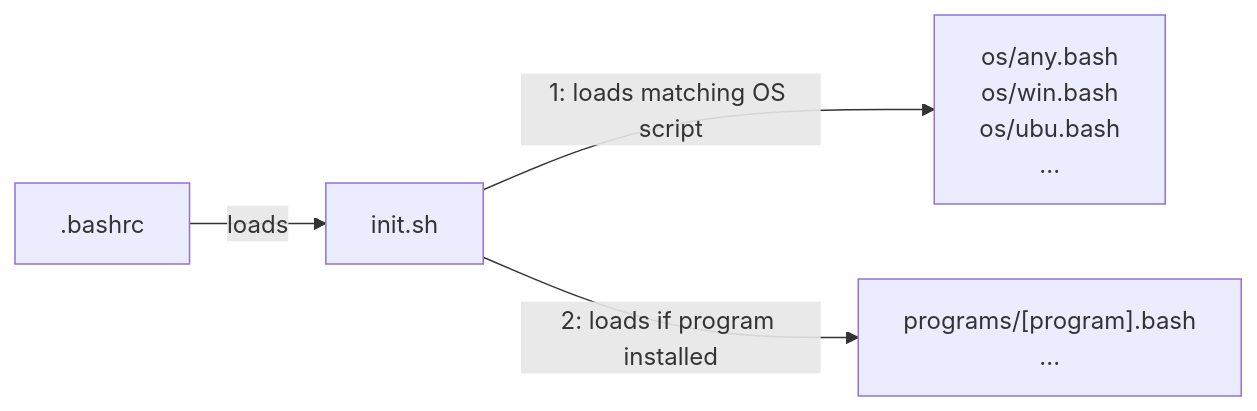
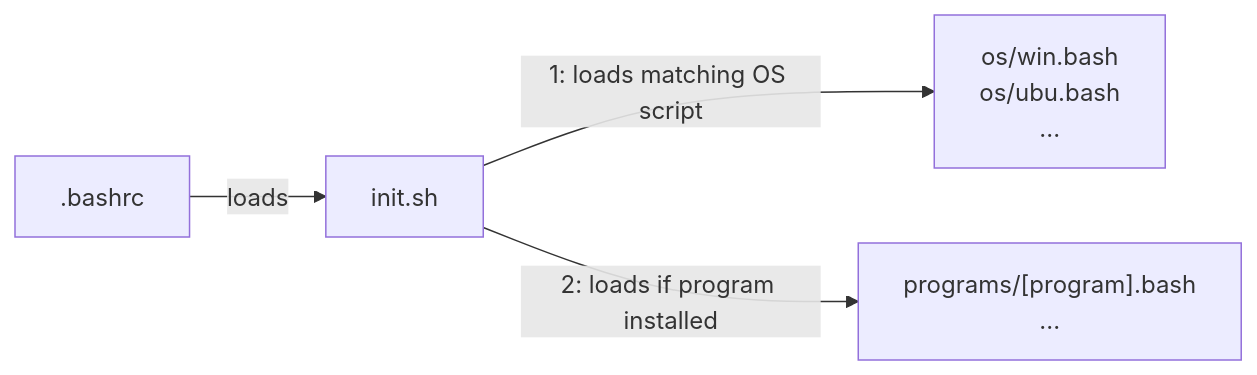
The first of 2 diagrams in README.md (alanlivio/cli-helpers), drawn with Mermaid before and after one commit. The commit also changed other lines of this file and 5 other files, not shown here.

````diff
--- a/README.md
+++ b/README.md
@@ -7,21 +7,20 @@
 ```mermaid
 flowchart LR
     bashrc[".bashrc"]
     %% ps-init["init.ps1"]
     sh-init["init.sh"]
     program-dependent["
         programs/[program].bash
         ...
     "]
     OS-dependent["
-        os/any.bash
         os/win.bash
         os/ubu.bash
         ...
     "]
     
     bashrc --> |"loads"| sh-init
     sh-init --> |"1: loads matching OS script"| OS-dependent
     sh-init --> |"2: loads if program installed"| program-dependent
     %% sh-init --> |"3: create bash alias functions at"| ps-init
 ```
````
